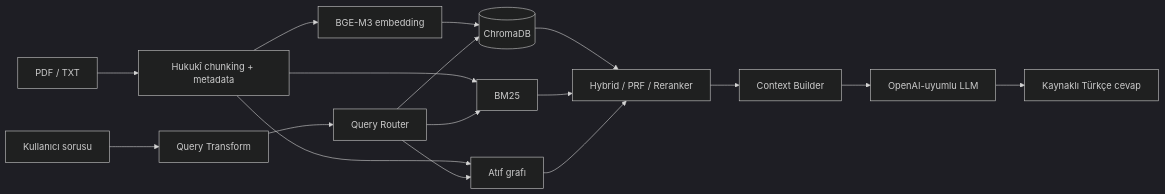
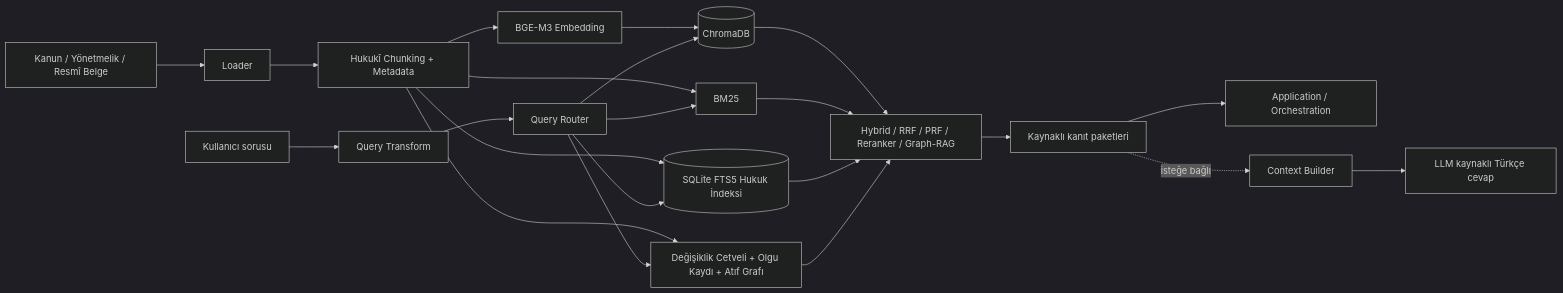
The diagram in RAG/README.md (KutupAI/KutupAI), drawn with Mermaid (dark theme) before and after one commit. The commit also changed other lines of this file and 31 other files, not shown here.

````diff
--- a/RAG/README.md
+++ b/RAG/README.md
@@ -14,11 +14,15 @@
 ```mermaid
 flowchart LR
-  A["PDF / TXT"] --> B["Hukukî chunking + metadata"]
-  B --> C["BGE-M3 embedding"] --> D[("ChromaDB")]
-  B --> E["BM25"]
-  B --> F["Atıf grafı"]
+  A["Kanun / Yönetmelik / Resmî Belge"] --> B["Loader"]
+  B --> C["Hukukî Chunking + Metadata"]
+  C --> D["BGE-M3 Embedding"] --> E[("ChromaDB")]
+  C --> F["BM25"]
+  C --> G[("SQLite FTS5 Hukuk İndeksi")]
+  C --> H["Değişiklik Cetveli + Olgu Kaydı + Atıf Grafı"]
   Q["Kullanıcı sorusu"] --> T["Query Transform"] --> R["Query Router"]
-  R --> D & E & F
-  D & E & F --> H["Hybrid / PRF / Reranker"] --> I["Context Builder"]
-  I --> J["OpenAI-uyumlu LLM"] --> K["Kaynaklı Türkçe cevap"]
+  R --> E & F & G & H
+  E & F & G & H --> X["Hybrid / RRF / PRF / Reranker / Graph-RAG"]
+  X --> K["Kaynaklı kanıt paketleri"]
+  K --> O["Application / Orchestration"]
+  K -. isteğe bağlı .-> L["Context Builder"] --> M["LLM kaynaklı Türkçe cevap"]
 ```
````
